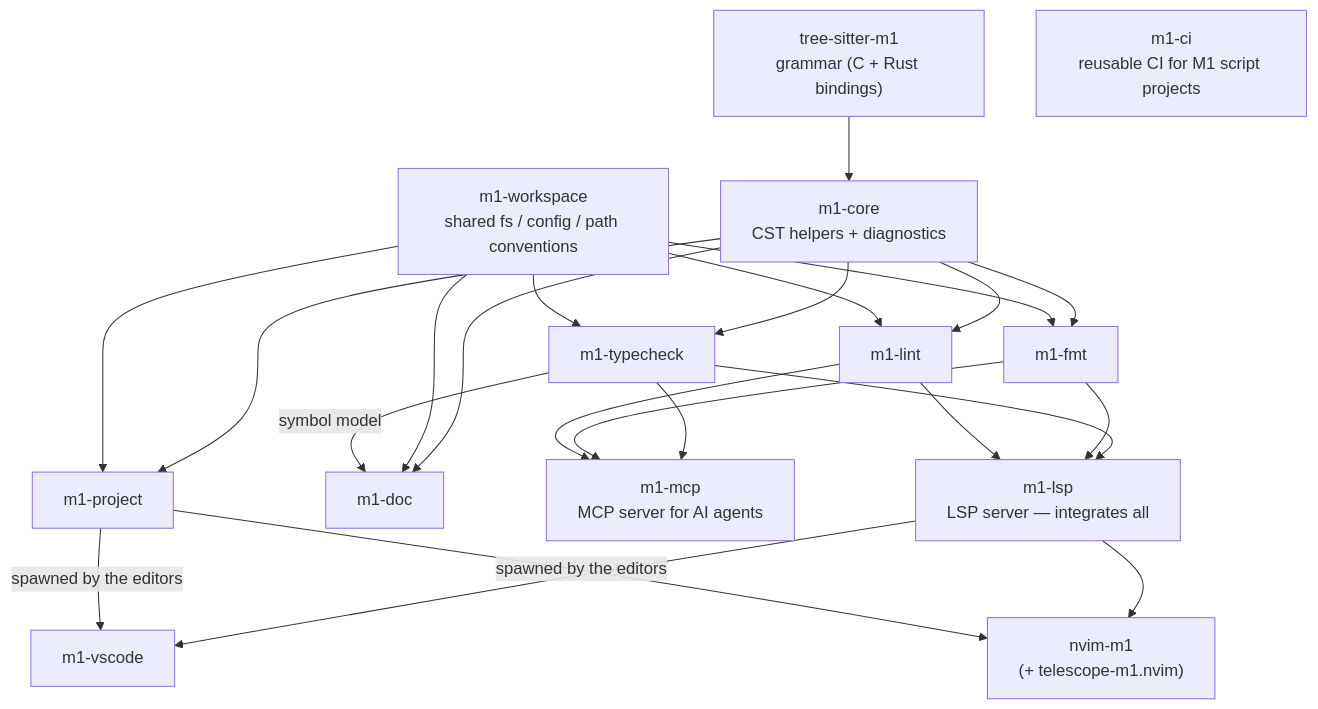
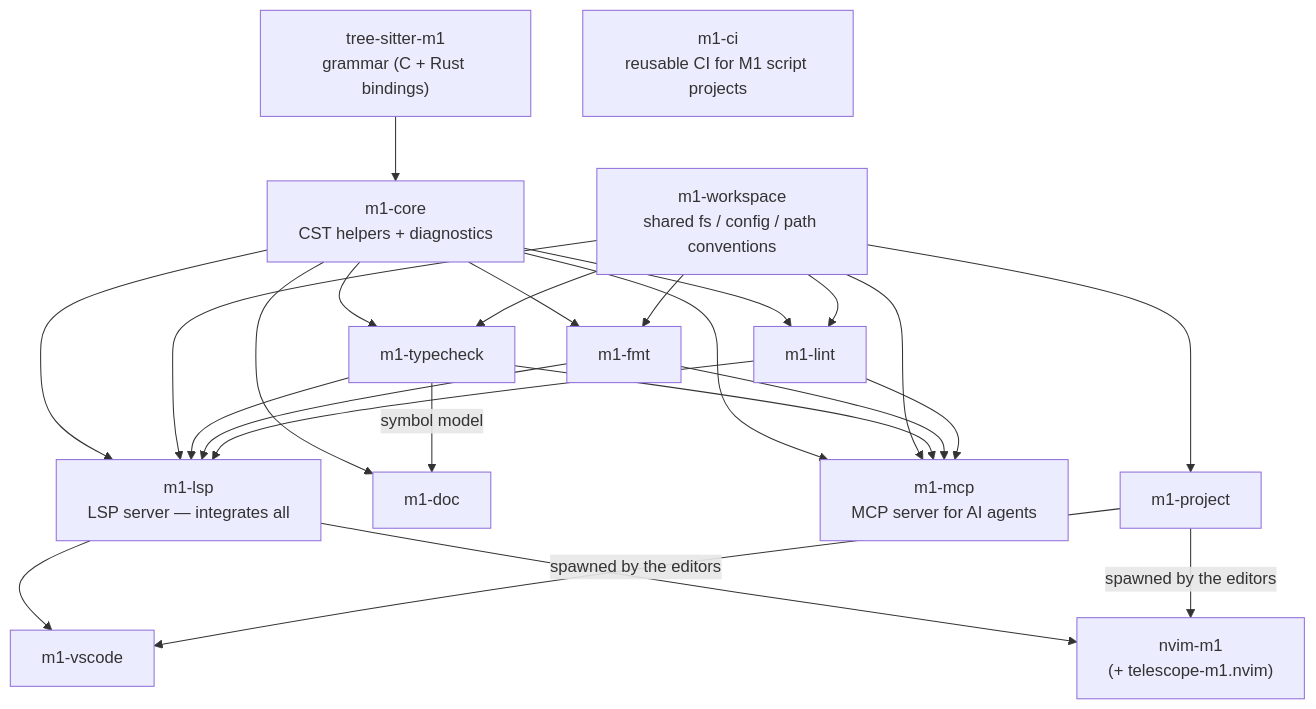
Before and after one commit to C-Nucifora/m1-tools: the diagram in README.md, drawn with Mermaid. The commit also changed other lines of this file and 4 other files, not shown here.

First line of the commit message:
Audit fixes: dependency-graph corrections, repos-sync CI guard, m1-mcp gitignore, cli.md counts, AGENTS.md link-check; m1-ci pin v0.26.0 (#58)

````diff
--- a/README.md
+++ b/README.md
@@ -71,30 +71,30 @@
 ```mermaid
 %% Arrows point downstream — from a crate to the repos that consume it.
 %% Repos depend on each other via versioned git tags, so a release
 %% propagates down this graph through consumer-bump PRs.
 graph TD
     ts["tree-sitter-m1<br/>grammar (C + Rust bindings)"]
     core["m1-core<br/>CST helpers + diagnostics"]
     ws["m1-workspace<br/>shared fs / config / path conventions"]
     tc["m1-typecheck"]
     fmt["m1-fmt"]
     lint["m1-lint"]
     proj["m1-project"]
     doc["m1-doc"]
     mcp["m1-mcp<br/>MCP server for AI agents"]
     lsp["m1-lsp<br/>LSP server — integrates all"]
     vscode["m1-vscode"]
     nvim["nvim-m1<br/>(+ telescope-m1.nvim)"]
     ci["m1-ci<br/>reusable CI for M1 script projects"]
 
     ts --> core
-    core --> tc & fmt & lint & proj & doc
-    ws --> tc & fmt & lint & proj & doc
+    core --> tc & fmt & lint & doc & lsp & mcp
+    ws --> tc & fmt & lint & proj & lsp & mcp
     tc -->|symbol model| doc
     tc --> lsp
     fmt --> lsp
     lint --> lsp
     tc & fmt & lint --> mcp
     lsp --> vscode & nvim
     proj -->|spawned by the editors| vscode & nvim
 ```
````
